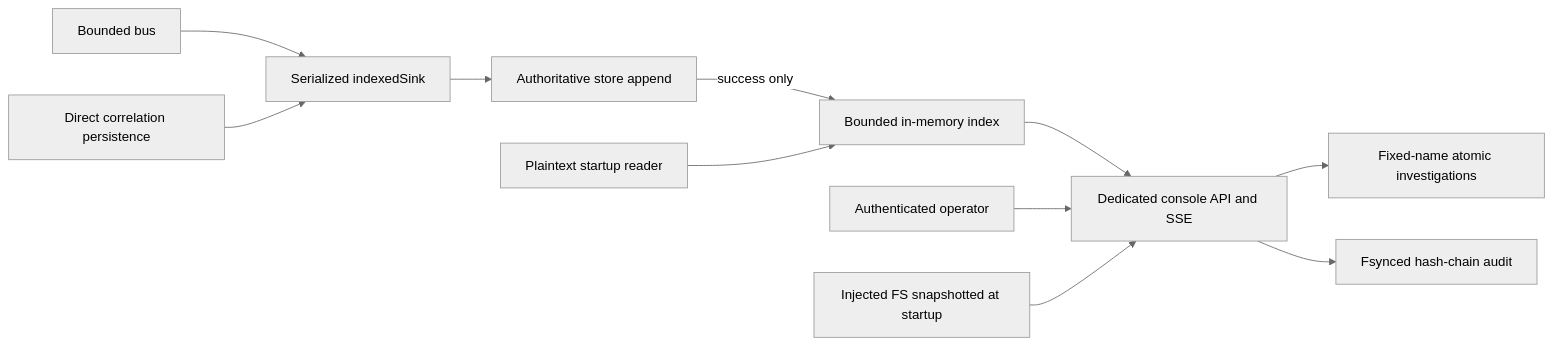
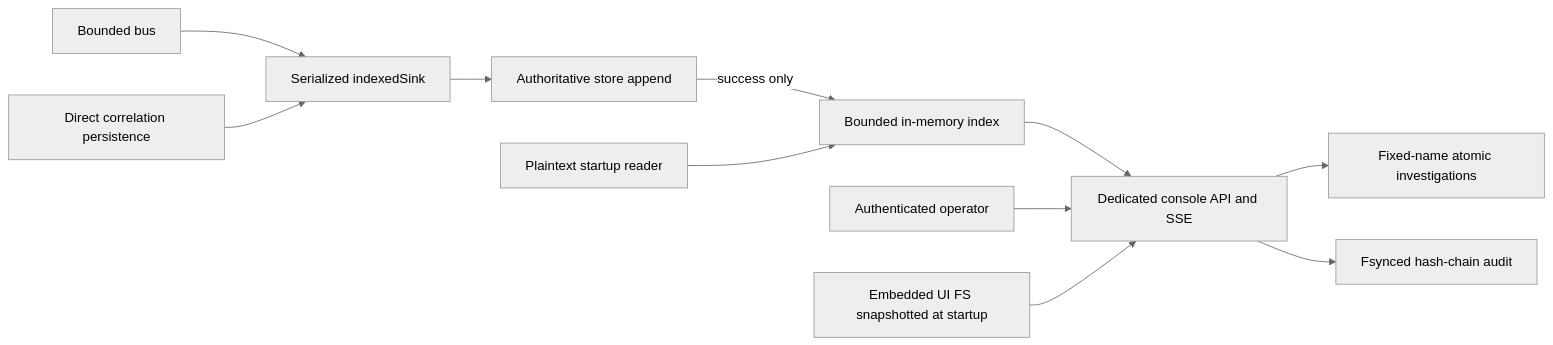
Before and after one commit to metaforismo/AegisMesh: the fourth of 4 diagrams in docs/architecture/data-flow.md, drawn with Mermaid (neutral theme). The commit also changed other lines of this file and 17 other files, not shown here.

````diff
--- a/docs/architecture/data-flow.md
+++ b/docs/architecture/data-flow.md
@@ -273,13 +273,13 @@
 ```mermaid
 flowchart LR
     Bus[Bounded bus] --> Tap[Serialized indexedSink]
     Cor[Direct correlation persistence] --> Tap
     Tap --> Store[Authoritative store append]
     Store -->|success only| Index[Bounded in-memory index]
     Reader[Plaintext startup reader] --> Index
     Index --> API[Dedicated console API and SSE]
     Operator[Authenticated operator] --> API
     API --> Notes[Fixed-name atomic investigations]
     API --> Audit[Fsynced hash-chain audit]
-    UI[Injected FS snapshotted at startup] --> API
+    UI[Embedded UI FS snapshotted at startup] --> API
 ```
````
